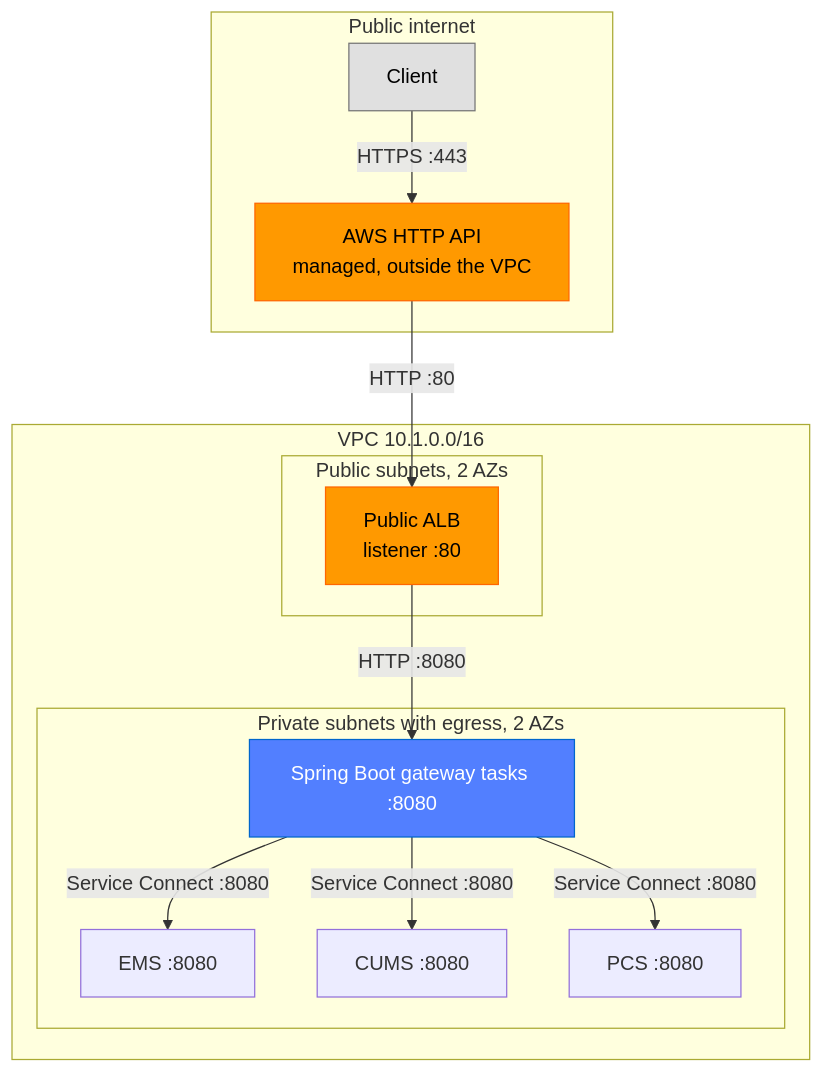
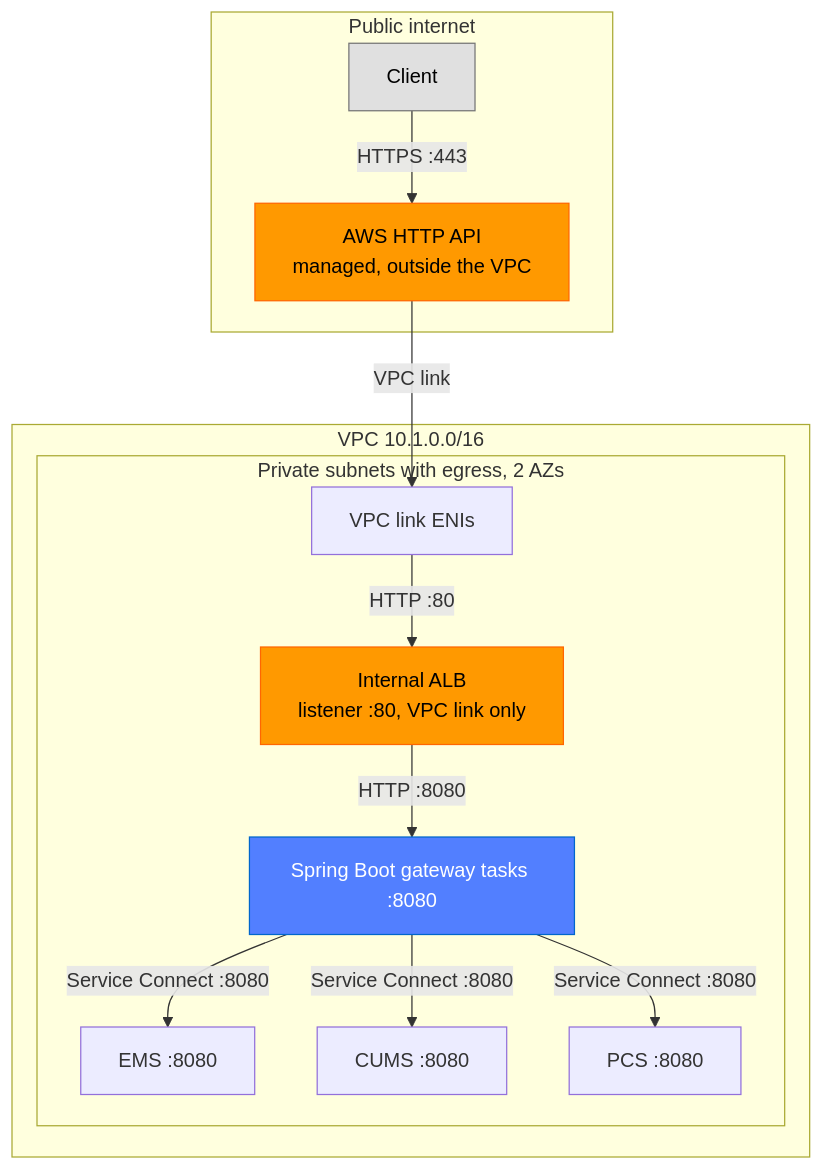
Diagram 11 of 26 in docs/architecture/02-infrastructure-deployment.md (nissimbuchs/BATbern2), drawn with Mermaid before and after one commit. The commit also changed other lines of this file and 6 other files, not shown here.

````diff
--- a/docs/architecture/02-infrastructure-deployment.md
+++ b/docs/architecture/02-infrastructure-deployment.md
@@ -607,29 +607,28 @@
 ```mermaid
 graph TB
     subgraph INET["Public internet"]
         CLIENT["Client"]
         HTTPAPI["AWS HTTP API<br/>managed, outside the VPC"]
     end
 
     subgraph VPC["VPC 10.1.0.0/16"]
-        subgraph PUB["Public subnets, 2 AZs"]
-            ALB_PUBLIC["Public ALB<br/>listener :80"]
-        end
         subgraph PRIV["Private subnets with egress, 2 AZs"]
+            VPCLINK["VPC link ENIs"]
+            ALB_PUBLIC["Internal ALB<br/>listener :80, VPC link only"]
             GW_TASKS["Spring Boot gateway tasks :8080"]
             SVC_EM["EMS :8080"]
             SVC_CM["CUMS :8080"]
             SVC_PC["PCS :8080"]
         end
     end
 
     CLIENT -->|"HTTPS :443"| HTTPAPI
-    HTTPAPI -->|"HTTP :80"| ALB_PUBLIC
+    HTTPAPI -->|"VPC link"| VPCLINK -->|"HTTP :80"| ALB_PUBLIC
     ALB_PUBLIC -->|"HTTP :8080"| GW_TASKS
     GW_TASKS -->|"Service Connect :8080"| SVC_EM & SVC_CM & SVC_PC
 
     style CLIENT fill:#E0E0E0,stroke:#757575,color:#000
     style HTTPAPI fill:#FF9900,stroke:#FF6600,color:#000
     style ALB_PUBLIC fill:#FF9900,stroke:#FF6600,color:#000
     style GW_TASKS fill:#527FFF,stroke:#0066CC,color:#fff
 ```
````
